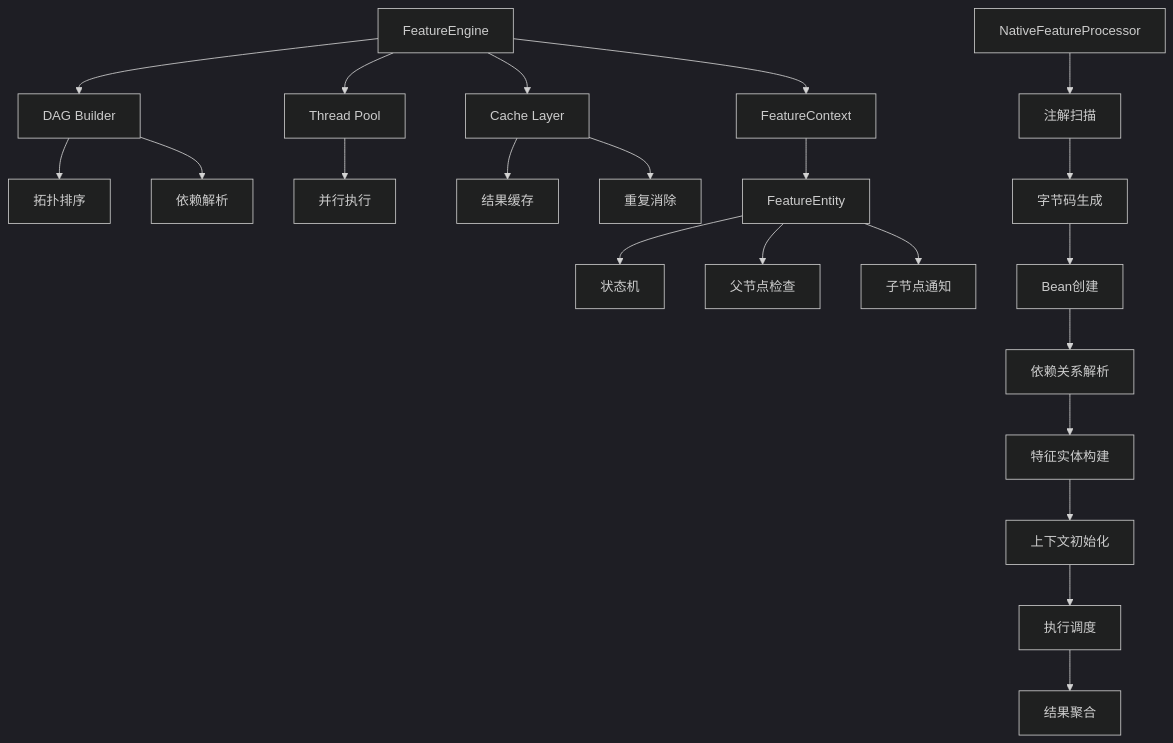
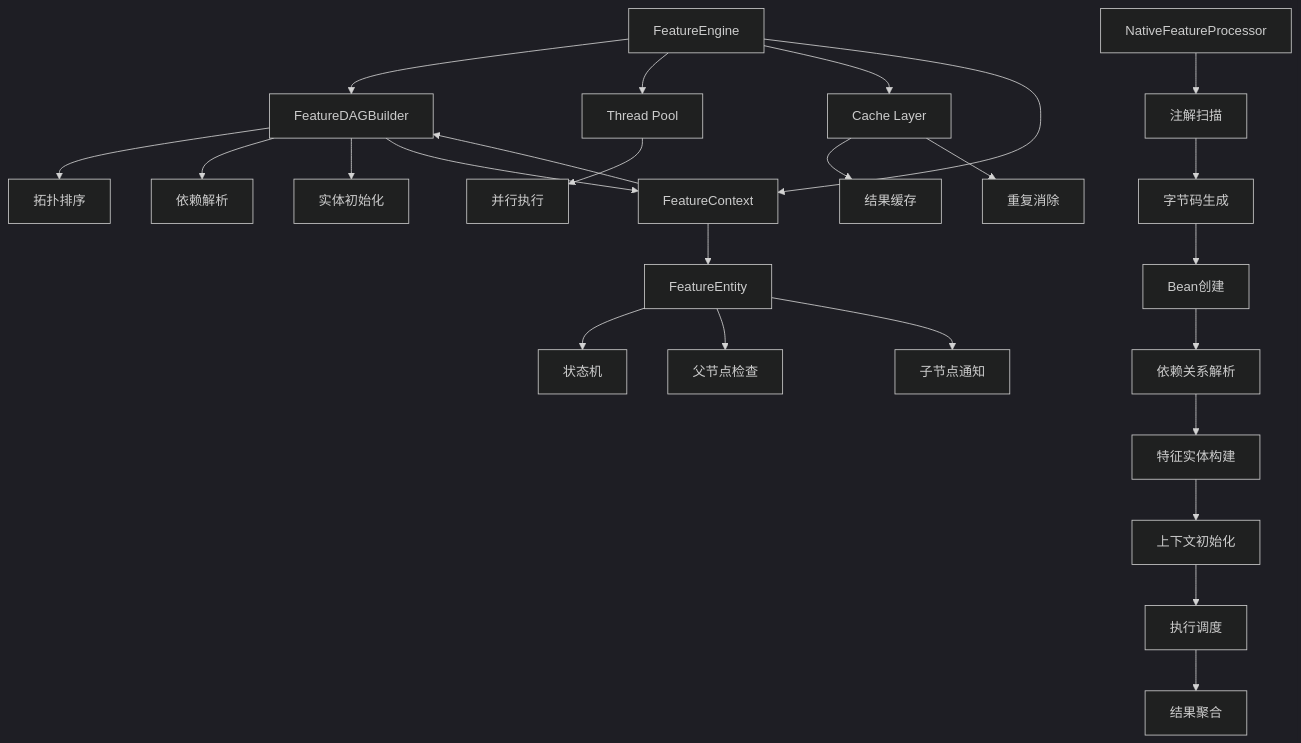
The second of 10 diagrams in .qoder/repowiki/zh/content/核心架构.md (txzhanghuan/feature), drawn with Mermaid (dark theme) before and after one commit. The commit also changed other lines of this file and 7 other files, not shown here.

````diff
--- a/.qoder/repowiki/zh/content/核心架构.md
+++ b/.qoder/repowiki/zh/content/核心架构.md
@@ -174,24 +180,27 @@
 ```mermaid
 graph TD
-A[FeatureEngine] --> B[DAG Builder]
+A[FeatureEngine] --> B[FeatureDAGBuilder]
 A --> C[Thread Pool]
 A --> D[Cache Layer]
 B --> E[拓扑排序]
 B --> F[依赖解析]
-C --> G[并行执行]
-D --> H[结果缓存]
-D --> I[重复消除]
-A --> J[FeatureContext]
-J --> K[FeatureEntity]
-K --> L[状态机]
-K --> M[父节点检查]
-K --> N[子节点通知]
-O[NativeFeatureProcessor] --> P[注解扫描]
-P --> Q[字节码生成]
-Q --> R[Bean创建]
-R --> S[依赖关系解析]
-S --> T[特征实体构建]
-T --> U[上下文初始化]
-U --> V[执行调度]
-V --> W[结果聚合]
+B --> G[实体初始化]
+C --> H[并行执行]
+D --> I[结果缓存]
+D --> J[重复消除]
+A --> K[FeatureContext]
+K --> B
+B --> K
+K --> L[FeatureEntity]
+L --> M[状态机]
+L --> N[父节点检查]
+L --> O[子节点通知]
+P[NativeFeatureProcessor] --> Q[注解扫描]
+Q --> R[字节码生成]
+R --> S[Bean创建]
+S --> T[依赖关系解析]
+T --> U[特征实体构建]
+U --> V[上下文初始化]
+V --> W[执行调度]
+W --> X[结果聚合]
 ```
````
